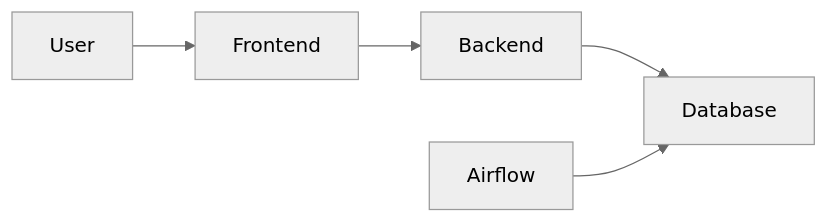
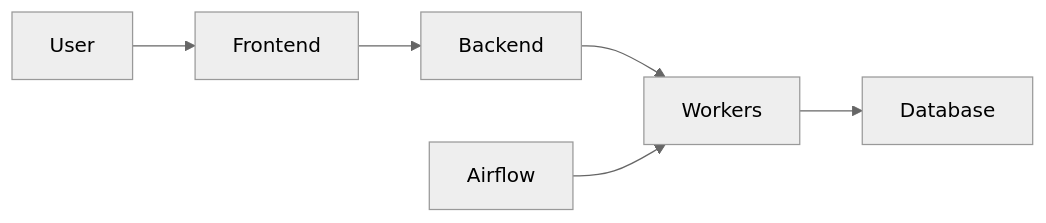
The diagram in README.md (quanturtle/supermarket-py), drawn with Mermaid (neutral theme) before and after one commit.

Commit message:
fixed mermaid graph

````diff
--- a/README.md
+++ b/README.md
@@ -10,8 +10,9 @@
 ```mermaid
 graph LR
     X[User] --> A[Frontend]
     A --> B[Backend]
-    B --> C[Database]
+    B --> C[Workers]
     D[Airflow] --> C
+    C --> E[Database]
 
 ```
````
